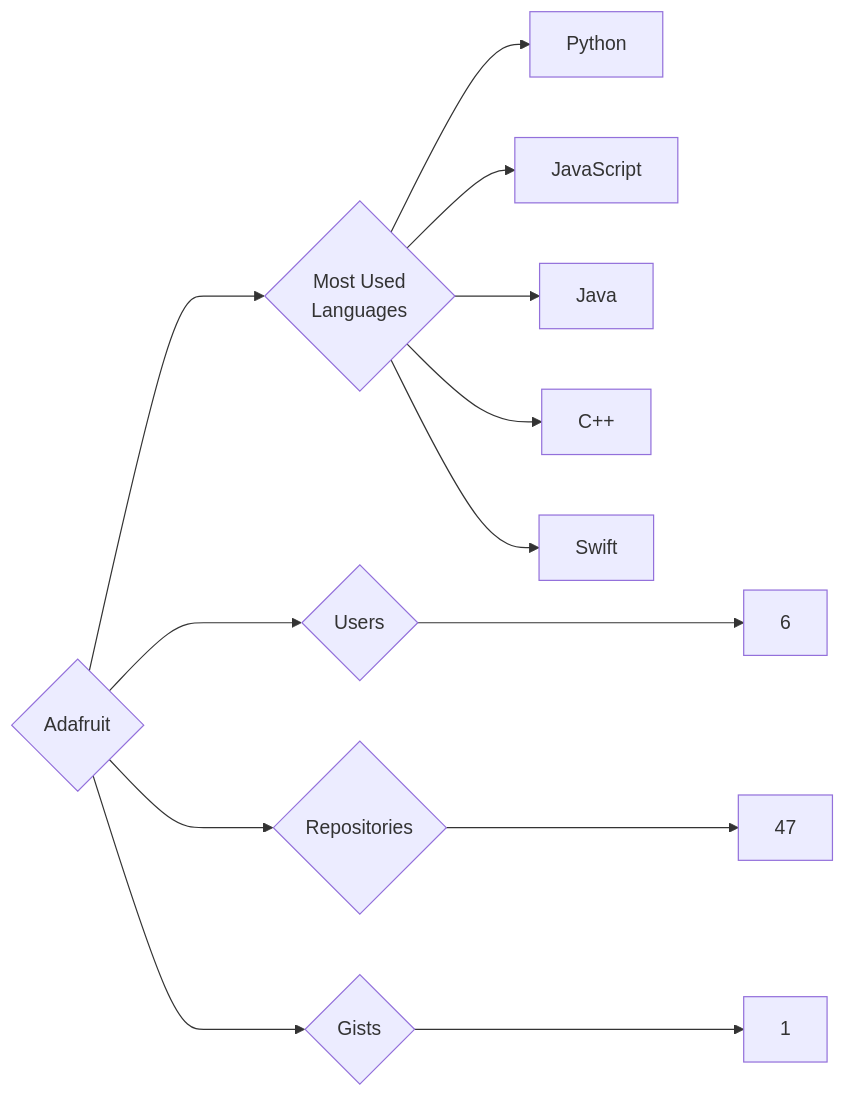
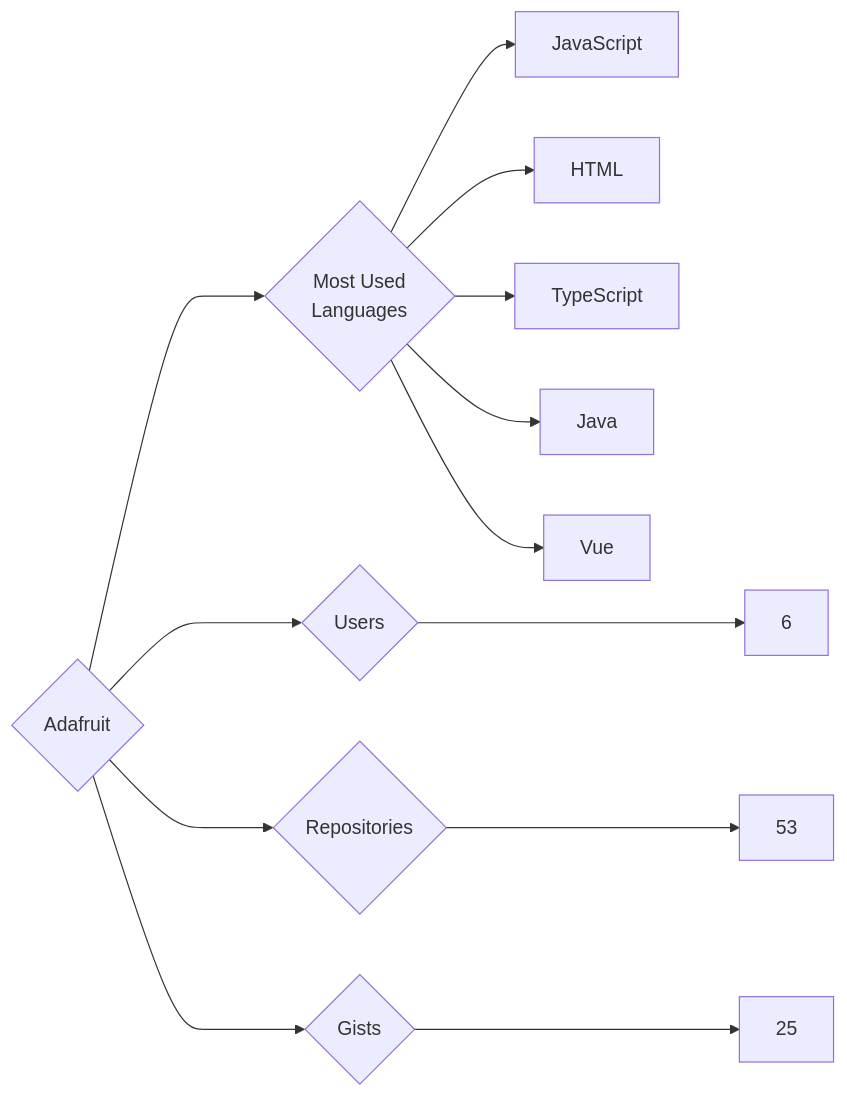
The diagram in targets/Adafruit/README.md (trickest/insiders), drawn with Mermaid before and after one commit. The commit also changed 1007 other files, not shown here.

````diff
--- a/targets/Adafruit/README.md
+++ b/targets/Adafruit/README.md
@@ -3,13 +3,13 @@
 ```mermaid
 graph LR
 COMPANY_NAME{Adafruit}
 COMPANY_NAME ---> U{Users} ---> UN[6]
-COMPANY_NAME ---> R{Repositories} ---> RN[47]
-COMPANY_NAME ---> G{Gists} ---> GN[1]
+COMPANY_NAME ---> R{Repositories} ---> RN[53]
+COMPANY_NAME ---> G{Gists} ---> GN[25]
 COMPANY_NAME ---> ML{Most Used<br>Languages}
-ML --> Python[Python]
 ML --> JavaScript[JavaScript]
+ML --> HTML[HTML]
+ML --> TypeScript[TypeScript]
 ML --> Java[Java]
-ML --> C++[C++]
-ML --> Swift[Swift]
+ML --> Vue[Vue]
 ```
````
